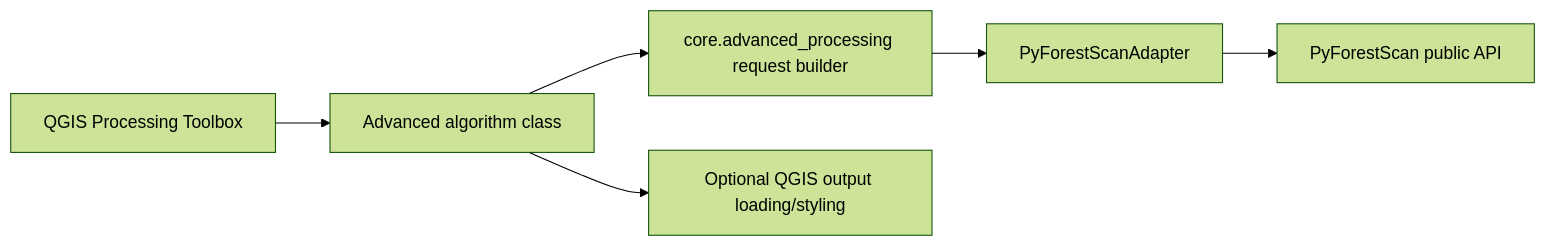
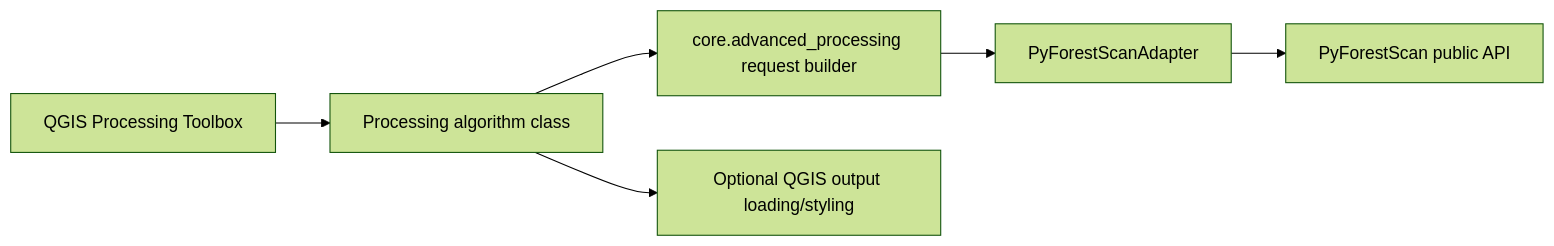
The diagram in docs/development/ADVANCED_PROCESSING_TOOLBOX.md (sticholas/pyforestscan-qgis), drawn with Mermaid (forest theme) before and after one commit. The commit also changed other lines of this file and 22 other files, not shown here.

````diff
--- a/docs/development/ADVANCED_PROCESSING_TOOLBOX.md
+++ b/docs/development/ADVANCED_PROCESSING_TOOLBOX.md
@@ -7,8 +7,8 @@
 ```mermaid
 flowchart LR
-    A["QGIS Processing Toolbox"] --> B["Advanced algorithm class"]
+    A["QGIS Processing Toolbox"] --> B["Processing algorithm class"]
     B --> C["core.advanced_processing request builder"]
     C --> D["PyForestScanAdapter"]
     D --> E["PyForestScan public API"]
     B --> F["Optional QGIS output loading/styling"]
 ```
````
